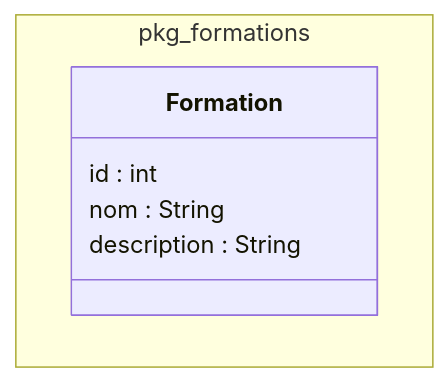
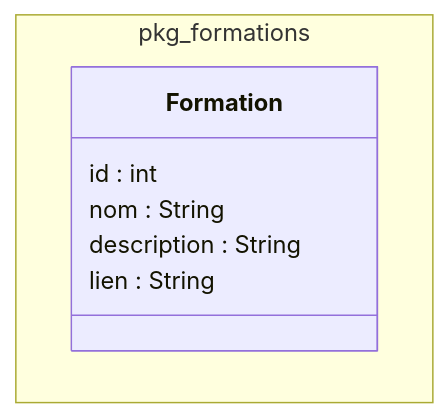
Before and after one commit to solicoders/soli-lms: the diagram in modélisation/pkg_formations/classes_pkg_formations.mmd, drawn with Mermaid.

```diff
--- a/modélisation/pkg_formations/classes_pkg_formations.mmd
+++ b/modélisation/pkg_formations/classes_pkg_formations.mmd
@@ -1,11 +1,12 @@
 classDiagram
 
 namespace pkg_formations {
 
 class Formation {
   id : int
   nom : String
   description : String
+  lien : String
 }
 
 }
```
